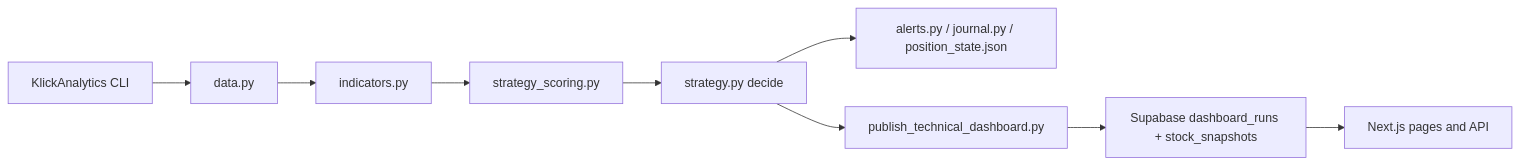
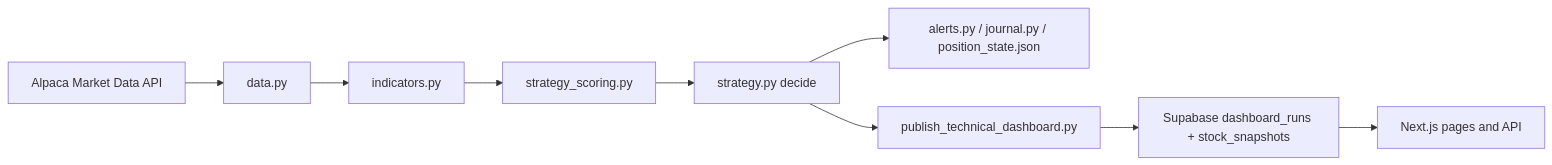
Before and after one commit to hsinsammy1218/tqqq_sqqq_alerts: the first of 3 diagrams in archive/docs/ARCHITECTURE_OVERVIEW.md, drawn with Mermaid. The commit also changed other lines of this file and 6 other files, not shown here.

First line of the commit message:
Purge remaining KlickAnalytics aliases and docs.

````diff
--- a/archive/docs/ARCHITECTURE_OVERVIEW.md
+++ b/archive/docs/ARCHITECTURE_OVERVIEW.md
@@ -49,11 +49,11 @@
 ```mermaid
 flowchart LR
-  A[KlickAnalytics CLI] --> B[data.py]
+  A[Alpaca Market Data API] --> B[data.py]
   B --> C[indicators.py]
   C --> D[strategy_scoring.py]
   D --> E[strategy.py decide]
   E --> F[alerts.py / journal.py / position_state.json]
   E --> G[publish_technical_dashboard.py]
   G --> H[Supabase dashboard_runs + stock_snapshots]
   H --> I[Next.js pages and API]
 ```
````
